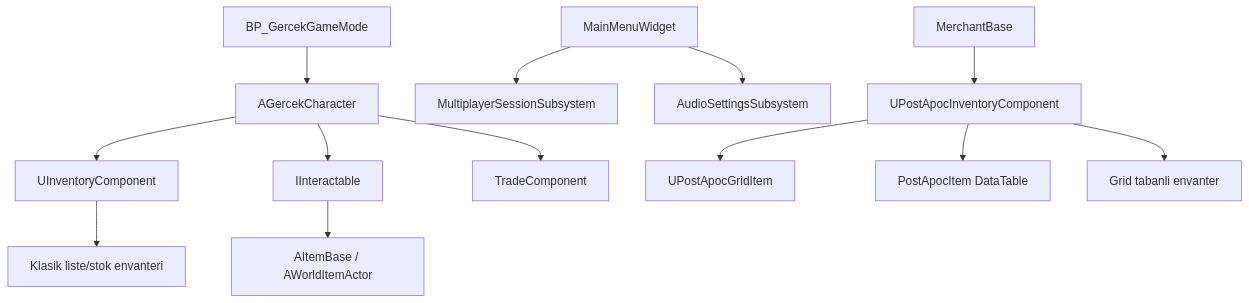
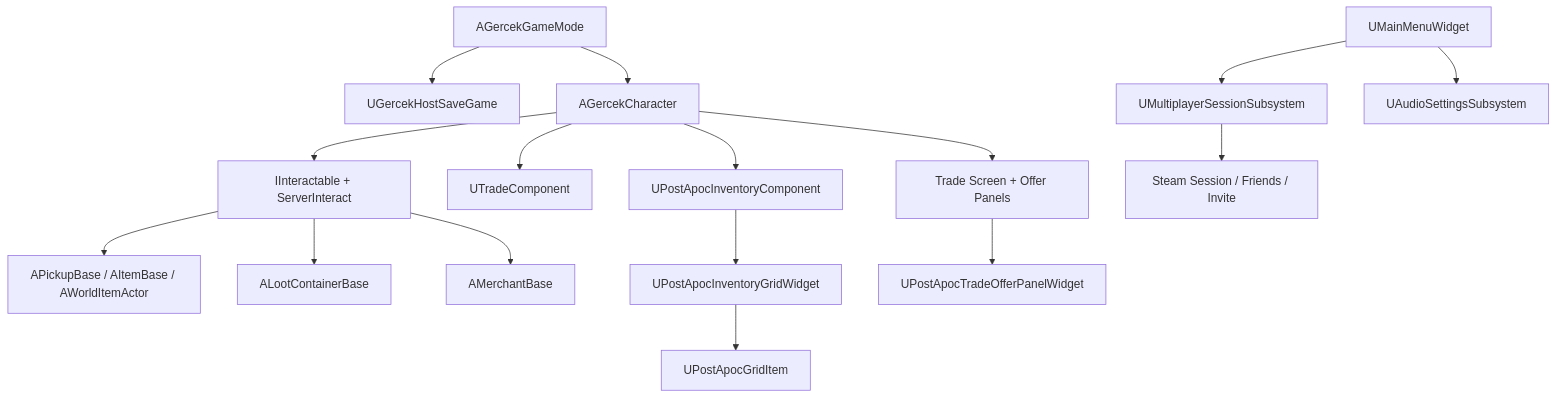
The diagram in PROJECT_STATUS.md (Hjaer/loveproject), drawn with Mermaid before and after one commit. The commit also changed other lines of this file and 34 other files, not shown here.

````diff
--- a/PROJECT_STATUS.md
+++ b/PROJECT_STATUS.md
@@ -8,18 +8,21 @@
 ```mermaid
 flowchart TD
-    A["BP_GercekGameMode"] --> B["AGercekCharacter"]
-    B --> C["UInventoryComponent"]
-    B --> D["IInteractable"]
-    D --> E["AItemBase / AWorldItemActor"]
-    B --> F["TradeComponent"]
+    GM["AGercekGameMode"] --> SAVE["UGercekHostSaveGame"]
+    GM --> CHAR["AGercekCharacter"]
+    CHAR --> GRID["UPostApocInventoryComponent"]
+    CHAR --> TRADE["UTradeComponent"]
+    CHAR --> INT["IInteractable + ServerInteract"]
 
-    G["MainMenuWidget"] --> H["MultiplayerSessionSubsystem"]
-    G --> I["AudioSettingsSubsystem"]
+    INT --> PICKUP["APickupBase / AItemBase / AWorldItemActor"]
+    INT --> CONTAINER["ALootContainerBase"]
+    INT --> MERCHANT["AMerchantBase"]
 
-    J["MerchantBase"] --> K["UPostApocInventoryComponent"]
-    K --> L["UPostApocGridItem"]
-    K --> M["PostApocItem DataTable"]
+    GRID --> GRIDUI["UPostApocInventoryGridWidget"]
+    GRIDUI --> ITEM["UPostApocGridItem"]
+    CHAR --> TRADEUI["Trade Screen + Offer Panels"]
+    TRADEUI --> OFFER["UPostApocTradeOfferPanelWidget"]
 
-    C --> N["Klasik liste/stok envanteri"]
-    K --> O["Grid tabanli envanter"]
+    MENU["UMainMenuWidget"] --> SESSION["UMultiplayerSessionSubsystem"]
+    MENU --> AUDIO["UAudioSettingsSubsystem"]
+    SESSION --> STEAM["Steam Session / Friends / Invite"]
 ```
````
